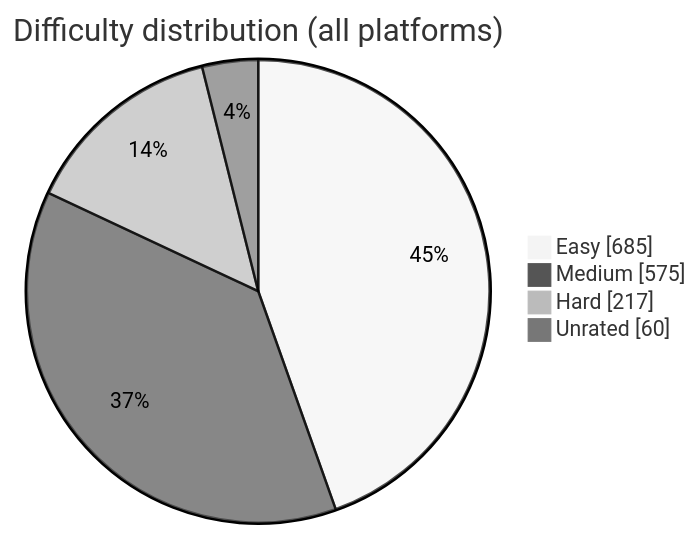
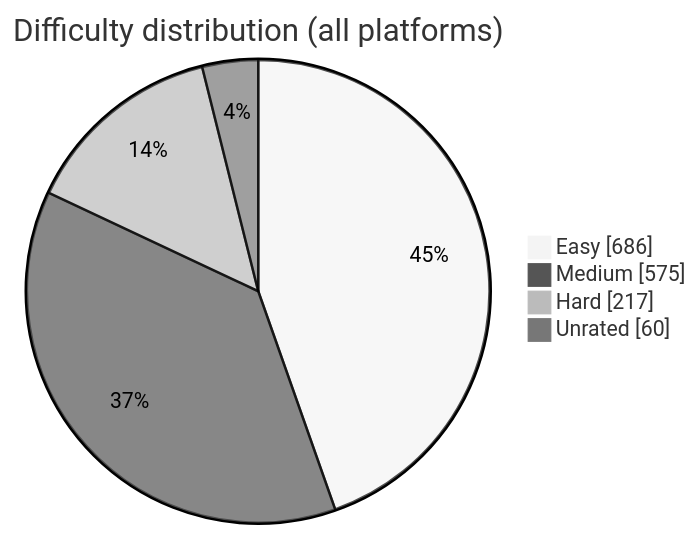
The diagram in README.md (BuildbyArindam/Daily-Coding-Log), drawn with Mermaid (neutral theme) before and after one commit. The commit also changed other lines of this file, not shown here.

````diff
--- a/README.md
+++ b/README.md
@@ -93,7 +93,7 @@
 ```mermaid
 pie showData title Difficulty distribution (all platforms)
-    "Easy" : 685
+    "Easy" : 686
     "Medium" : 575
     "Hard" : 217
     "Unrated" : 60
 ```
````
